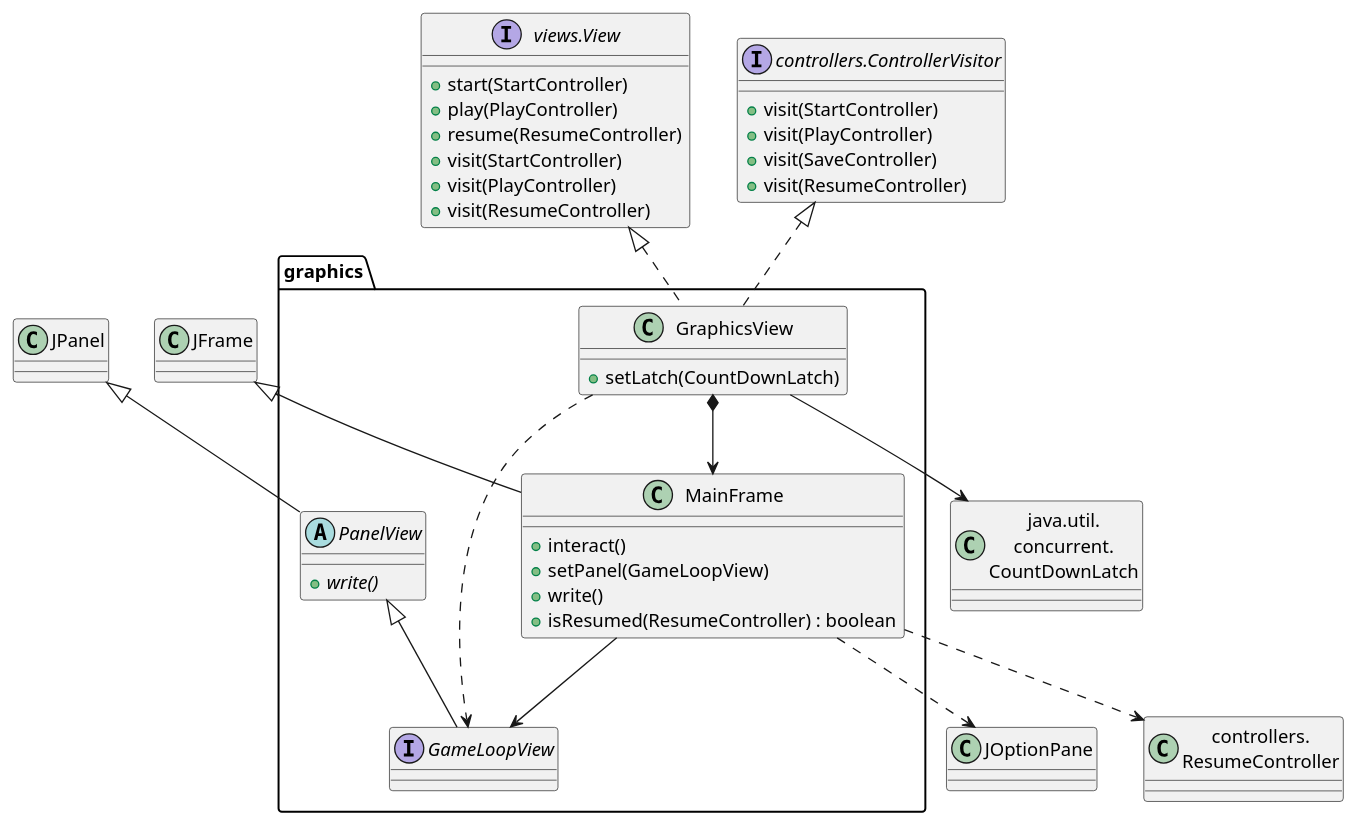
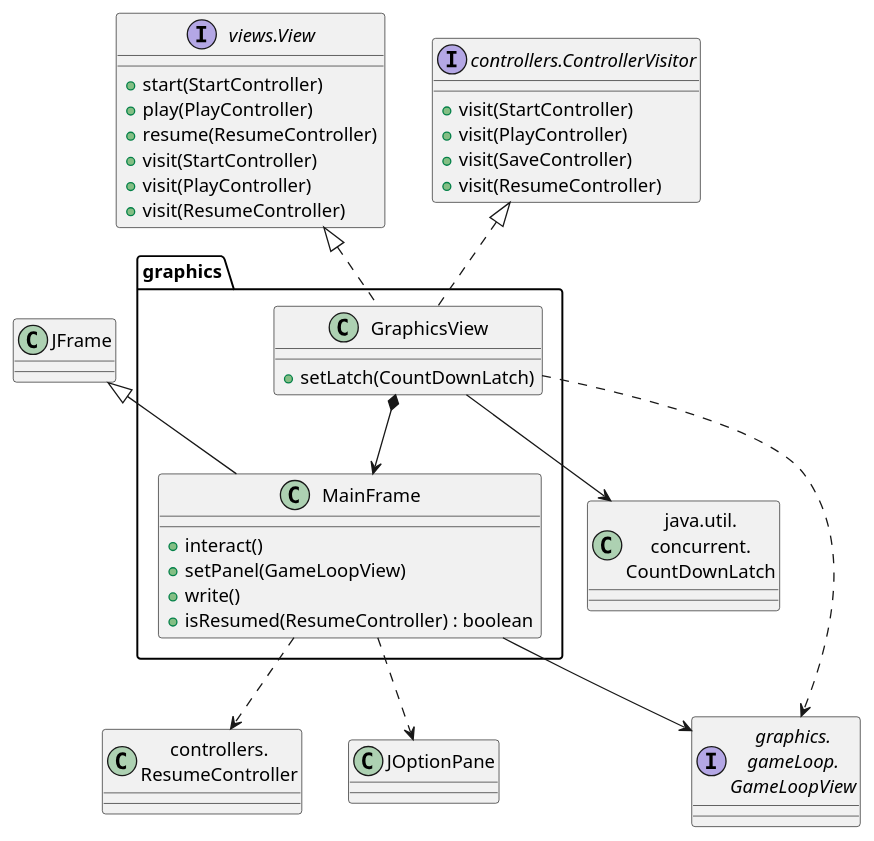
One commit to js-rom/connect4 changed the diagram in connect4/Docs/diagrams/src/packages/connect4.connect4.views.graphics.plantuml. Above: the diagram before and after it, drawn with PlantUML. The commit also changed 41 other files, not shown here.

Commit message:
refactor: remove cicles betwen graphics and panels #8

```diff
--- a/connect4/Docs/diagrams/src/packages/connect4.connect4.views.graphics.plantuml
+++ b/connect4/Docs/diagrams/src/packages/connect4.connect4.views.graphics.plantuml
@@ -1,62 +1,51 @@
 @startuml connect4.connect4.views.graphics
 
 class CountDownLatch as "java.util.\nconcurrent.\nCountDownLatch"
 class ResumeController as "controllers.\nResumeController"
+interface GameLoopView as "graphics.\ngameLoop.\nGameLoopView"
 
 class graphics.GraphicsView {
     +setLatch(CountDownLatch)
 }
 
 class graphics.MainFrame{
      +interact()
     +setPanel(GameLoopView)
     +write()
     +isResumed(ResumeController) : boolean
 }
-
-abstract class graphics.PanelView {
-    + {abstract} write()
-}
-
-interface graphics.GameLoopView
-
-
-abstract class graphics.PanelView
 
 interface View as "views.View"{
     +start(StartController)
     +play(PlayController)
     +resume(ResumeController)
     +visit(StartController)
     +visit(PlayController)
     +visit(ResumeController)
 }
 
 interface ControllerVisitor as "controllers.ControllerVisitor" {
     +visit(StartController)
     +visit(PlayController)
     +visit(SaveController)
     +visit(ResumeController)
 }
 
 GraphicsView --> CountDownLatch
 class JFrame
 JFrame <|-- MainFrame
 GraphicsView *--> MainFrame
 
 MainFrame ..> ResumeController
 
 
 View <|.. GraphicsView
 ControllerVisitor <|.. GraphicsView
 
 class JOptionPane
 MainFrame ..> JOptionPane
 
-JPanel <|-- PanelView
-PanelView <|-- GameLoopView
-
 GraphicsView ..> GameLoopView
 MainFrame --> GameLoopView
 
 @enduml
```
